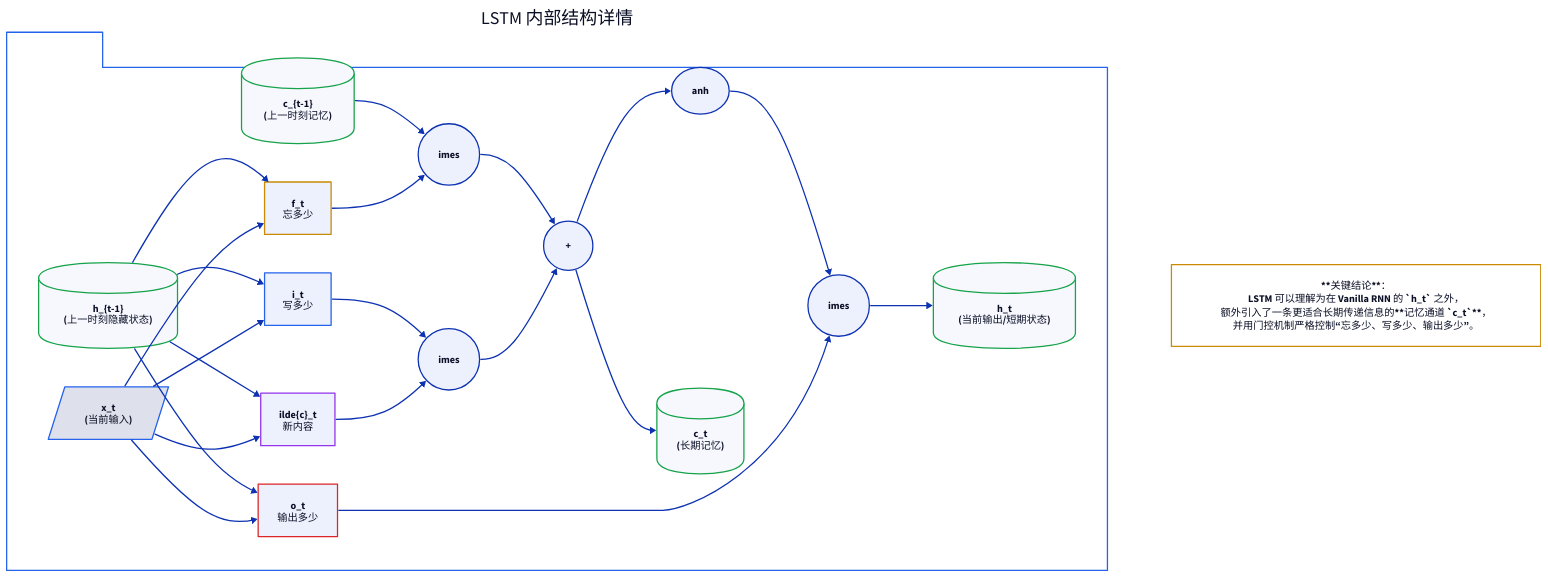
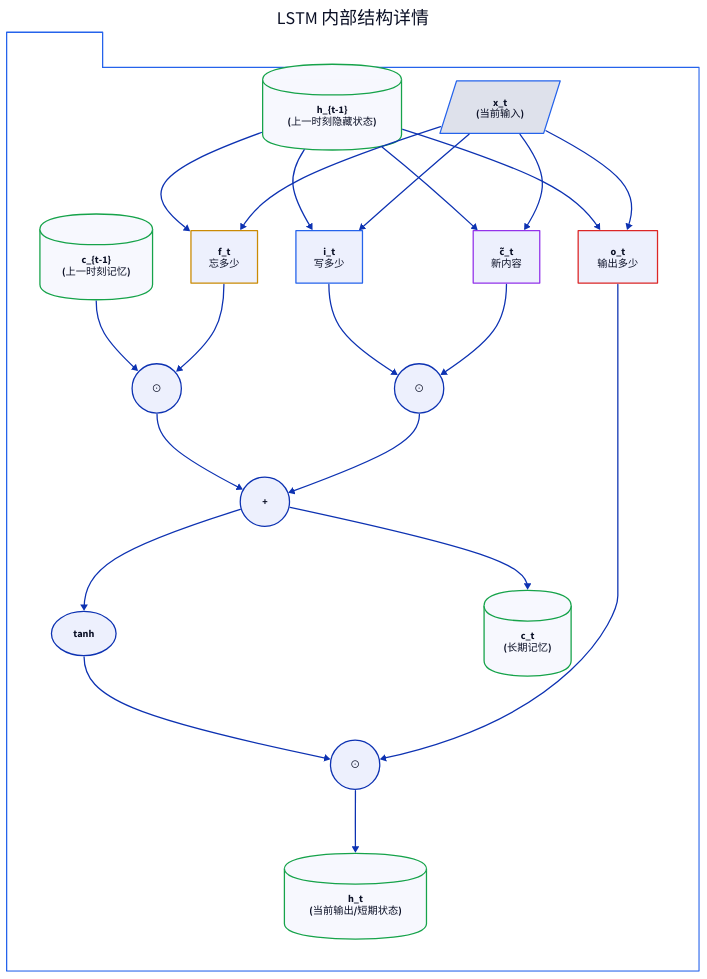
Before and after one commit to 111qqz/111qqz.github.io: the diagram in images/rnn-lstm-gru-architecture/lstm-detail.d2, drawn with D2. The commit also changed 26 other files, not shown here.

Commit message:
feat(deep-learning): 拆分 RNN/LSTM/GRU 配图为单模型图，移除图内结论并修正 D2 转义 111qqz/hugo-blog@a8aae4bb575153dae33d317ca8edb4483931933e

```diff
--- a/images/rnn-lstm-gru-architecture/lstm-detail.d2
+++ b/images/rnn-lstm-gru-architecture/lstm-detail.d2
@@ -1,65 +1,52 @@
-direction: right
+direction: down
 
 lstm: LSTM 内部结构详情 {
   shape: package
   style: {
     stroke: "#2563eb"
     stroke-width: 2
     fill: transparent
   }
 
   c_prev: "c_{t-1}\n(上一时刻记忆)" { shape: cylinder; style.stroke: "#16a34a" }
   h_prev: "h_{t-1}\n(上一时刻隐藏状态)" { shape: cylinder; style.stroke: "#16a34a" }
   x: "x_t\n(当前输入)" { shape: parallelogram; style.stroke: "#2563eb" }
 
   f: "f_t\n忘多少" { shape: rectangle; style.stroke: "#ca8a04" }
   i: "i_t\n写多少" { shape: rectangle; style.stroke: "#2563eb" }
-  c_tilde: "\tilde{c}_t\n新内容" { shape: rectangle; style.stroke: "#9333ea" }
+  c_tilde: "c̃_t\n新内容" { shape: rectangle; style.stroke: "#9333ea" }
   o: "o_t\n输出多少" { shape: rectangle; style.stroke: "#dc2626" }
   
-  mul_f: "\times" { shape: circle }
+  mul_f: "⊙" { shape: circle }
   add_c: "+" { shape: circle }
-  mul_i: "\times" { shape: circle }
-  act_c: "\tanh" { shape: oval }
-  mul_o: "\times" { shape: circle }
+  mul_i: "⊙" { shape: circle }
+  act_c: "tanh" { shape: oval }
+  mul_o: "⊙" { shape: circle }
 
   c_curr: "c_t\n(长期记忆)" { shape: cylinder; style.stroke: "#16a34a" }
   h_curr: "h_t\n(当前输出/短期状态)" { shape: cylinder; style.stroke: "#16a34a" }
 
   h_prev -> f
   x -> f
   h_prev -> i
   x -> i
   h_prev -> c_tilde
   x -> c_tilde
   h_prev -> o
   x -> o
 
   c_prev -> mul_f
   f -> mul_f
   mul_f -> add_c
   
   i -> mul_i
   c_tilde -> mul_i
   mul_i -> add_c
   
   add_c -> c_curr
   add_c -> act_c
   
   act_c -> mul_o
   o -> mul_o
   mul_o -> h_curr
 }
-
-note: |md
-  **关键结论**：
-  LSTM 可以理解为在 Vanilla RNN 的 `h_t` 之外，
-  额外引入了一条更适合长期传递信息的**记忆通道 `c_t`**，
-  并用门控机制严格控制“忘多少、写多少、输出多少”。
-| {
-  shape: rectangle
-  style.fill: transparent
-  style.stroke: "#ca8a04"
-}
-
-lstm -> note { style.stroke: transparent }
```
